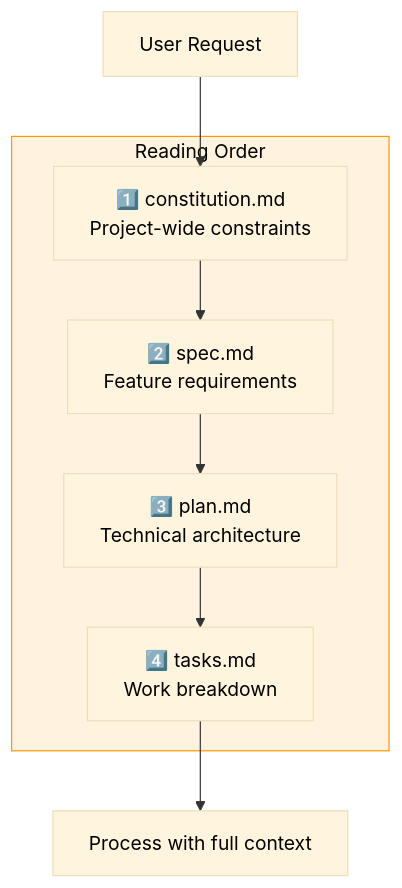
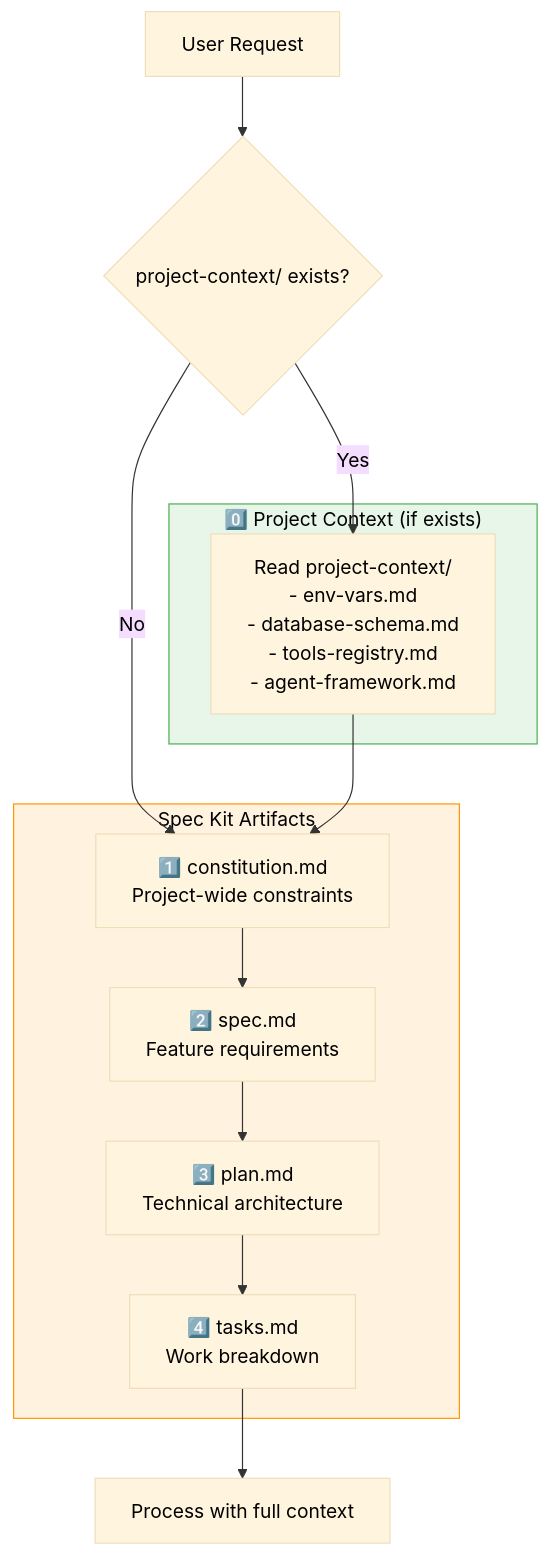
The second of 14 diagrams in .specify/docs/agent-context.md (Trindade11/Teste), drawn with Mermaid before and after one commit. The commit also changed other lines of this file and 25 other files, not shown here.

````diff
--- a/.specify/docs/agent-context.md
+++ b/.specify/docs/agent-context.md
@@ -25,18 +25,28 @@
 ```mermaid
 %%{init: {'theme': 'base', 'themeVariables': { 'primaryTextColor': '#000', 'secondaryTextColor': '#000', 'tertiaryTextColor': '#000', 'lineColor': '#333'}}}%%
 flowchart TD
-    Request[User Request] --> Read1
+    Request[User Request] --> Check{project-context/ exists?}
     
-    subgraph ReadOrder["Reading Order"]
+    Check -->|Yes| Read0
+    Check -->|No| Read1
+    
+    subgraph ProjectContext["0️⃣ Project Context (if exists)"]
+        Read0["Read project-context/<br/>- env-vars.md<br/>- database-schema.md<br/>- tools-registry.md<br/>- agent-framework.md"]
+    end
+    
+    Read0 --> Read1
+    
+    subgraph SpecKitArtifacts["Spec Kit Artifacts"]
         Read1["1️⃣ constitution.md<br/>Project-wide constraints"]
         Read2["2️⃣ spec.md<br/>Feature requirements"]
         Read3["3️⃣ plan.md<br/>Technical architecture"]
         Read4["4️⃣ tasks.md<br/>Work breakdown"]
     end
     
     Read1 --> Read2 --> Read3 --> Read4
     
     Read4 --> Process[Process with full context]
     
-    style ReadOrder fill:#fff3e0,stroke:#ff9800,color:#000
+    style ProjectContext fill:#e8f5e9,stroke:#4caf50,color:#000
+    style SpecKitArtifacts fill:#fff3e0,stroke:#ff9800,color:#000
 ```
````
